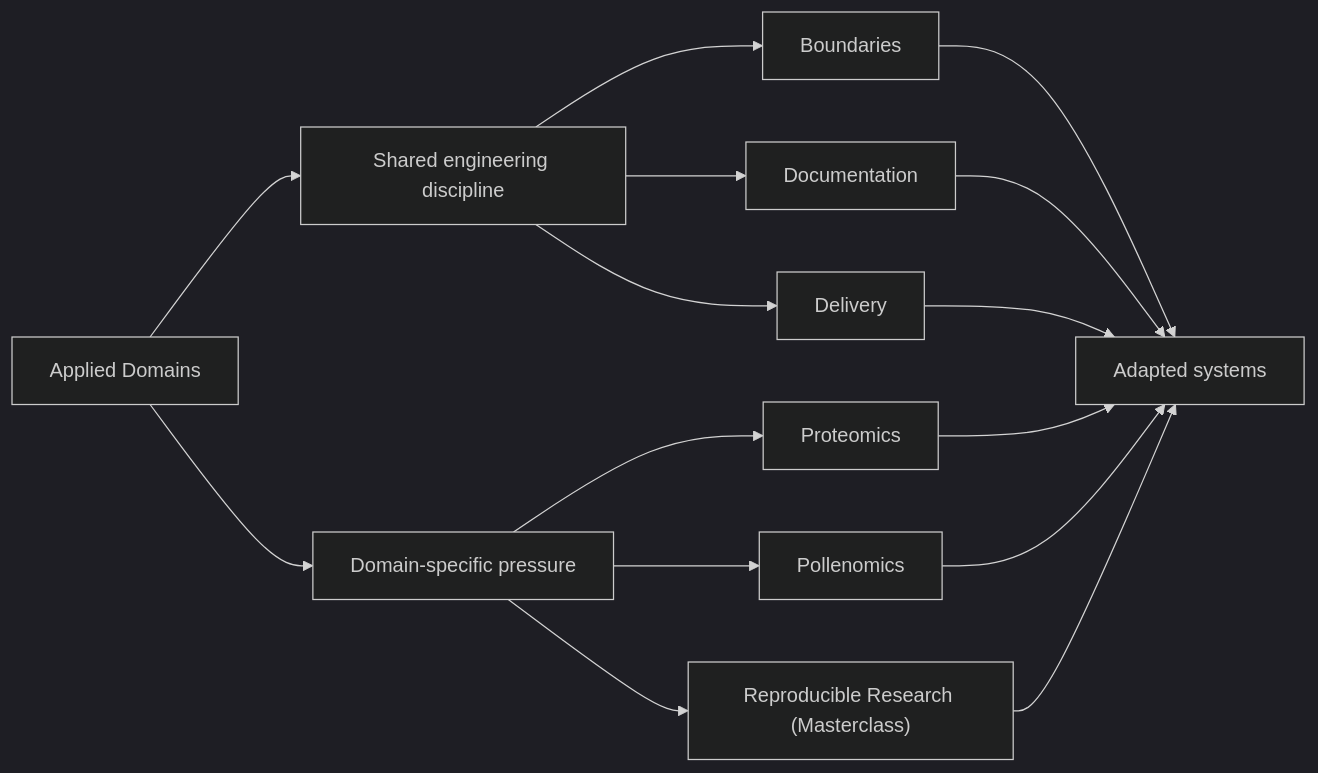
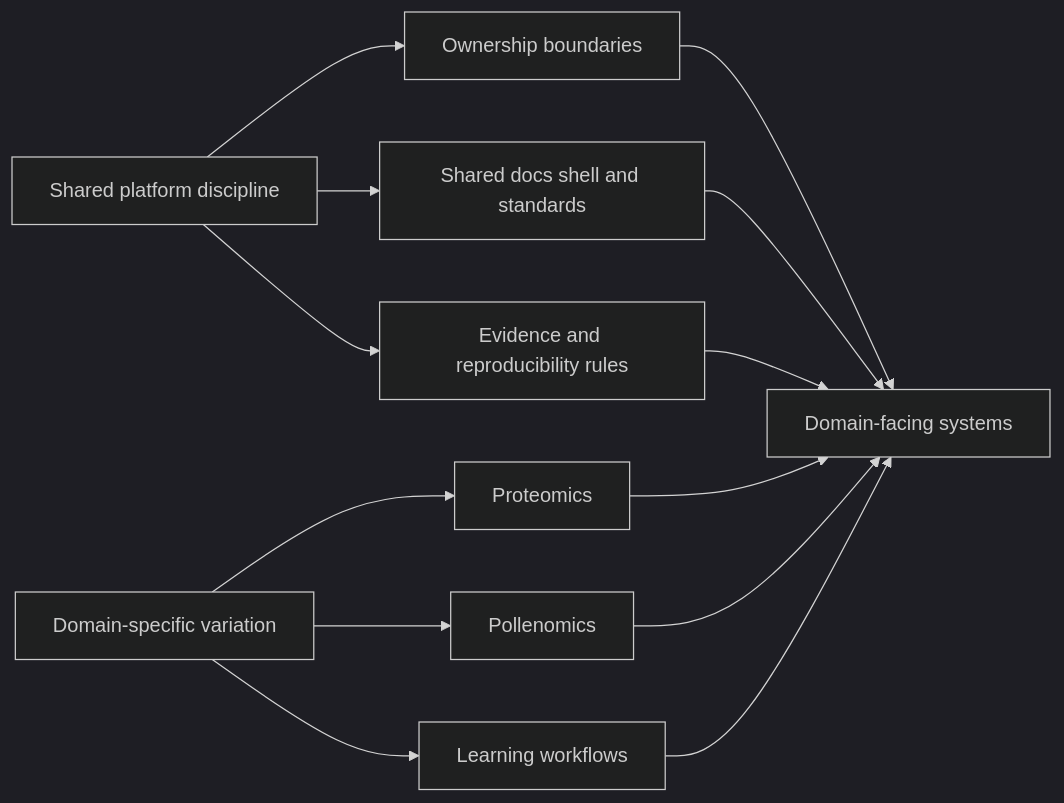
The diagram in docs/platform/applied-domains.md (bijux/bijux.github.io), drawn with Mermaid (dark theme) before and after one commit. The commit also changed other lines of this file, not shown here.

Commit message:
docs(applied-domains): reframe opening around shared discipline and domain variation

````diff
--- a/docs/platform/applied-domains.md
+++ b/docs/platform/applied-domains.md
@@ -20,20 +19,17 @@
 ```mermaid
 graph LR
-    domains["Applied Domains"] --> shared["Shared engineering discipline"]
-    domains --> pressure["Domain-specific pressure"]
+    shared["Shared platform discipline"] --> boundaries["Ownership boundaries"]
+    shared --> shell["Shared docs shell and standards"]
+    shared --> evidence["Evidence and reproducibility rules"]
 
-    shared --> boundaries["Boundaries"]
-    shared --> docs["Documentation"]
-    shared --> delivery["Delivery"]
+    pressure["Domain-specific variation"] --> proteomics["Proteomics"]
+    pressure --> pollenomics["Pollenomics"]
+    pressure --> learning["Learning workflows"]
 
-    pressure --> proteomics["Proteomics"]
-    pressure --> pollenomics["Pollenomics"]
-    pressure --> research["Reproducible Research (Masterclass)"]
-
-    boundaries --> adapted["Adapted systems"]
-    docs --> adapted
-    delivery --> adapted
-    proteomics --> adapted
-    pollenomics --> adapted
-    research --> adapted
+    boundaries --> outcomes["Domain-facing systems"]
+    shell --> outcomes
+    evidence --> outcomes
+    proteomics --> outcomes
+    pollenomics --> outcomes
+    learning --> outcomes
 ```
````
